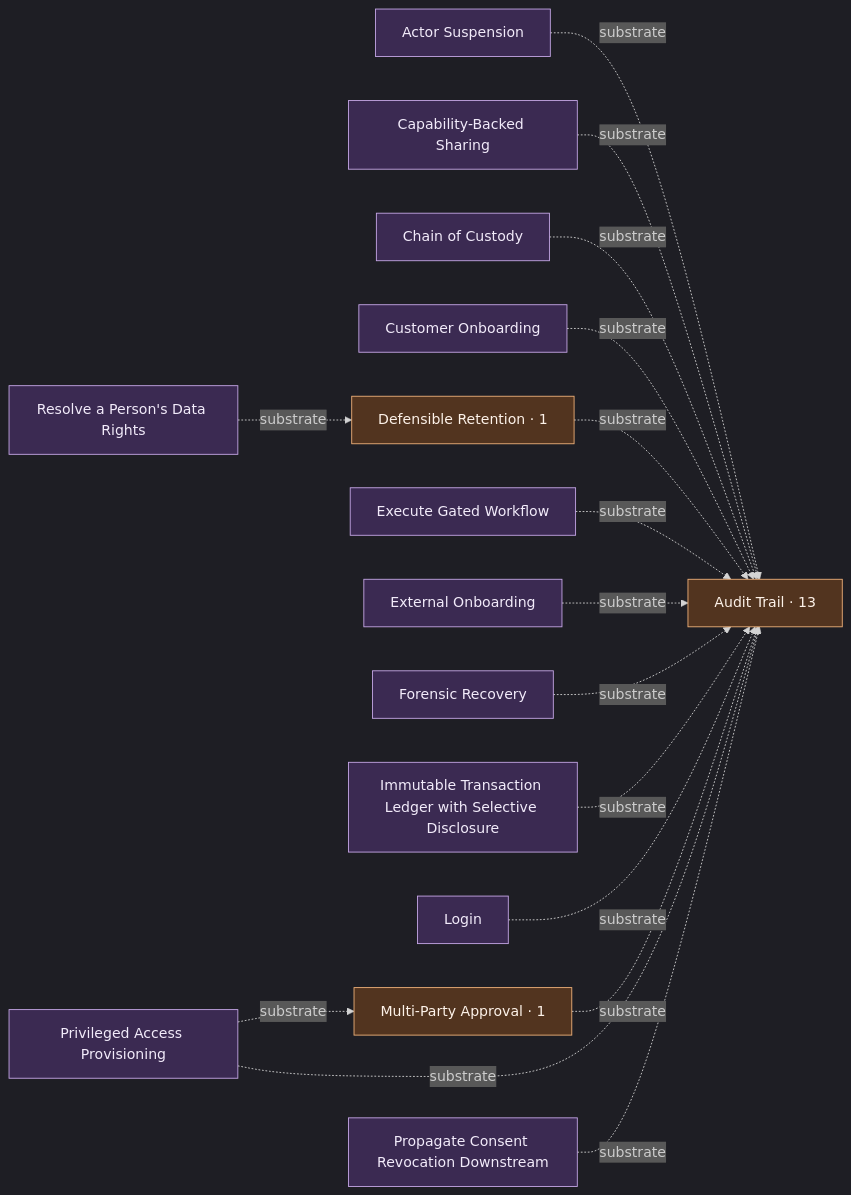
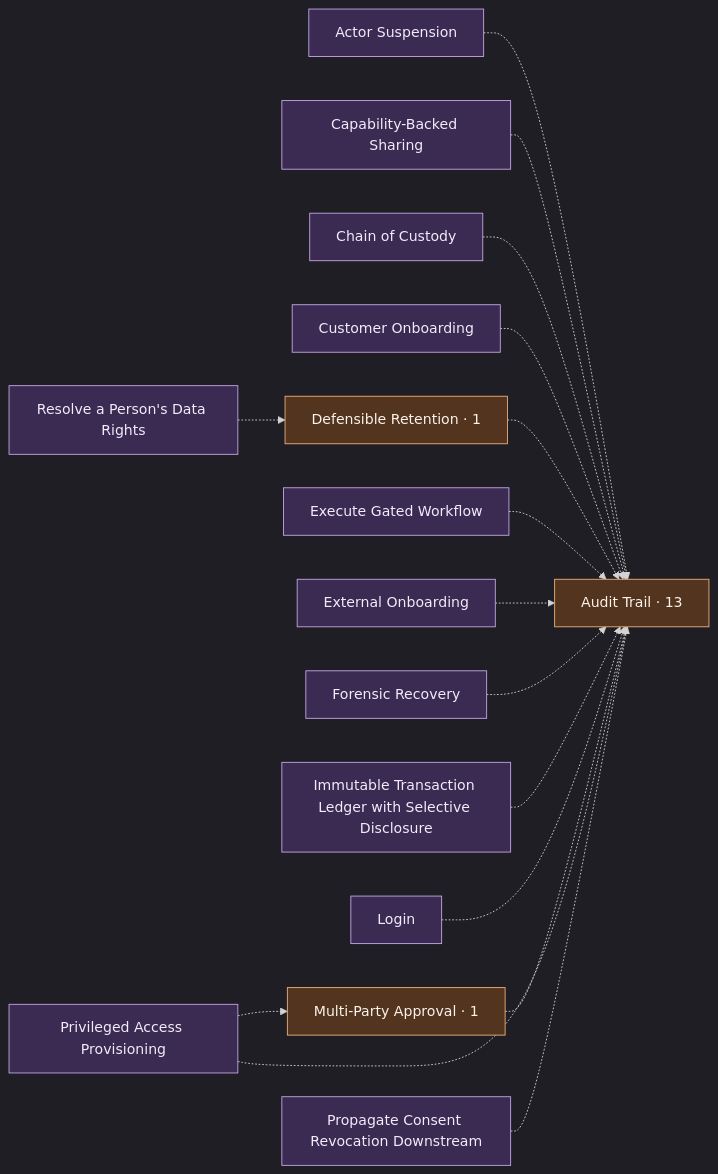
The first of 2 diagrams in graph.md (ShaggyDude/grace-commons), drawn with Mermaid before and after one commit. The commit also changed 2 other files, not shown here.

Commit message:
tooling(taxonomy): drop redundant edge labels from the substrate spine
The legend and section intro already define dotted arrows; fifteen
identical "substrate" labels were noise. Emitter change, regenerated.

````diff
--- a/graph.md
+++ b/graph.md
@@ -70,38 +70,38 @@
 ```mermaid
 %%{init: {"theme": "dark", "flowchart": {"htmlLabels": true}} }%%
 flowchart LR
   actor_suspension["Actor Suspension"]
   audit_trail["Audit Trail · 13"]
   capability_backed_sharing["Capability-Backed Sharing"]
   chain_of_custody["Chain of Custody"]
   customer_onboarding["Customer Onboarding"]
   defensible_retention["Defensible Retention · 1"]
   execute_gated_workflow["Execute Gated Workflow"]
   external_onboarding["External Onboarding"]
   forensic_recovery["Forensic Recovery"]
   immutable_transaction_ledger["Immutable Transaction Ledger with Selective Disclosure"]
   login["Login"]
   multi_party_approval["Multi-Party Approval · 1"]
   privileged_access_provisioning["Privileged Access Provisioning"]
   propagate_consent_revocation_downstream["Propagate Consent Revocation Downstream"]
   resolve_a_persons_data_rights["Resolve a Person's Data Rights"]
-  actor_suspension -.->|substrate| audit_trail
-  capability_backed_sharing -.->|substrate| audit_trail
-  chain_of_custody -.->|substrate| audit_trail
-  customer_onboarding -.->|substrate| audit_trail
-  defensible_retention -.->|substrate| audit_trail
-  execute_gated_workflow -.->|substrate| audit_trail
-  external_onboarding -.->|substrate| audit_trail
-  forensic_recovery -.->|substrate| audit_trail
-  immutable_transaction_ledger -.->|substrate| audit_trail
-  login -.->|substrate| audit_trail
-  multi_party_approval -.->|substrate| audit_trail
-  privileged_access_provisioning -.->|substrate| audit_trail
-  privileged_access_provisioning -.->|substrate| multi_party_approval
-  propagate_consent_revocation_downstream -.->|substrate| audit_trail
-  resolve_a_persons_data_rights -.->|substrate| defensible_retention
+  actor_suspension -.-> audit_trail
+  capability_backed_sharing -.-> audit_trail
+  chain_of_custody -.-> audit_trail
+  customer_onboarding -.-> audit_trail
+  defensible_retention -.-> audit_trail
+  execute_gated_workflow -.-> audit_trail
+  external_onboarding -.-> audit_trail
+  forensic_recovery -.-> audit_trail
+  immutable_transaction_ledger -.-> audit_trail
+  login -.-> audit_trail
+  multi_party_approval -.-> audit_trail
+  privileged_access_provisioning -.-> audit_trail
+  privileged_access_provisioning -.-> multi_party_approval
+  propagate_consent_revocation_downstream -.-> audit_trail
+  resolve_a_persons_data_rights -.-> defensible_retention
   classDef comp fill:#3b2a52,stroke:#c7a8e8,color:#f2ebfa;
   classDef spine fill:#52341f,stroke:#f0b27a,color:#fdf2e9;
   class actor_suspension,audit_trail,capability_backed_sharing,chain_of_custody,customer_onboarding,defensible_retention,execute_gated_workflow,external_onboarding,forensic_recovery,immutable_transaction_ledger,login,multi_party_approval,privileged_access_provisioning,propagate_consent_revocation_downstream,resolve_a_persons_data_rights comp;
   class audit_trail,defensible_retention,multi_party_approval spine;
 ```
````
